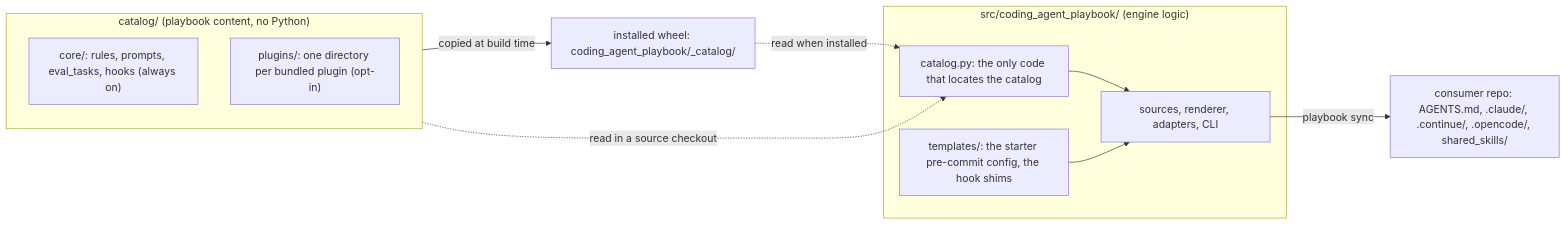
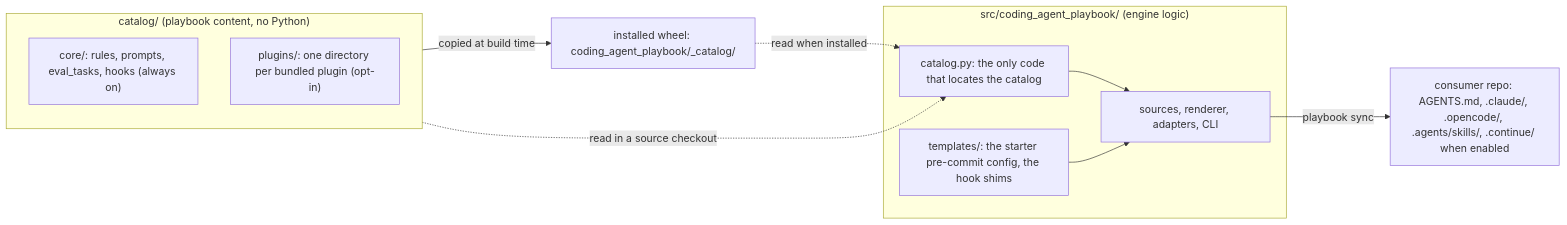
One commit to msobroza/coding-agent-playbook changed the diagram in README.md. Above: the diagram before and after it, drawn with Mermaid. The commit also changed other lines of this file and 28 other files, not shown here.

````diff
--- a/README.md
+++ b/README.md
@@ -149,20 +150,20 @@
 ```mermaid
 flowchart LR
     subgraph catalog["catalog/ (playbook content, no Python)"]
         core["core/: rules, prompts, eval_tasks, hooks (always on)"]
         plugins["plugins/: one directory per bundled plugin (opt-in)"]
     end
     subgraph src["src/coding_agent_playbook/ (engine logic)"]
         resolver["catalog.py: the only code that locates the catalog"]
         engine["sources, renderer, adapters, CLI"]
         template["templates/: the starter pre-commit config, the hook shims"]
     end
     wheel["installed wheel: coding_agent_playbook/_catalog/"]
-    consumer["consumer repo: AGENTS.md, .claude/, .continue/, .opencode/, shared_skills/"]
+    consumer["consumer repo: AGENTS.md, .claude/, .opencode/, .agents/skills/, .continue/ when enabled"]
     catalog -->|"copied at build time"| wheel
     catalog -.->|"read in a source checkout"| resolver
     wheel -.->|"read when installed"| resolver
     resolver --> engine
     template --> engine
     engine -->|"playbook sync"| consumer
 ```
````
